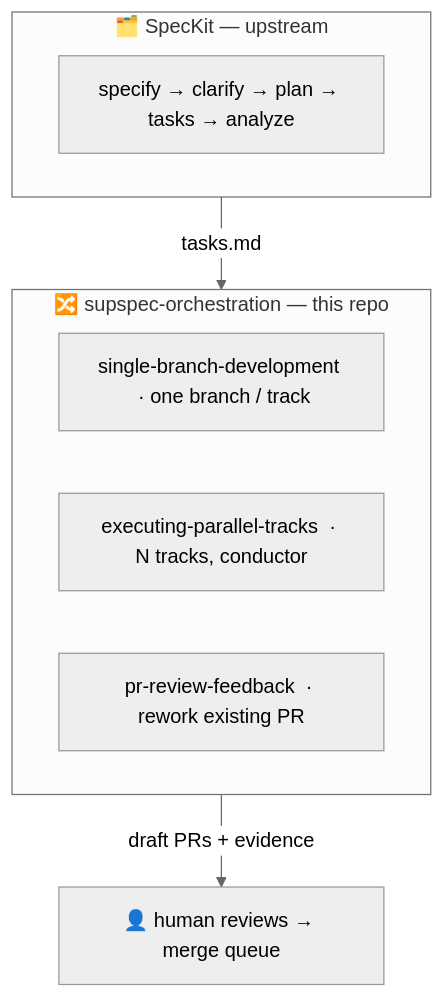
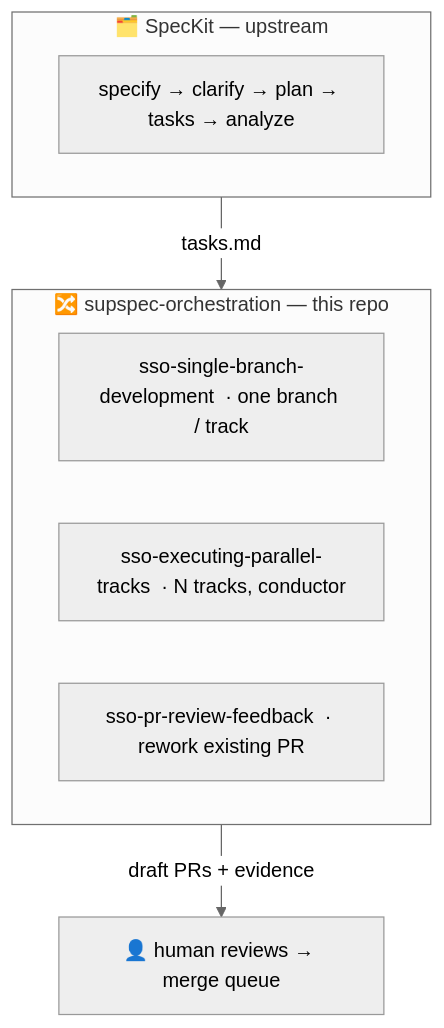
One commit to truongpx396/supspec-orchestration changed the diagram in README.md. Above: the diagram before and after it, drawn with Mermaid (neutral theme). The commit also changed other lines of this file and 44 other files, not shown here.

````diff
--- a/README.md
+++ b/README.md
@@ -44,14 +44,14 @@
 ```mermaid
 graph TD
     subgraph SK ["🗂️ SpecKit — upstream"]
         S1["specify → clarify → plan → tasks → analyze"]
     end
     subgraph SO ["🔀 supspec-orchestration — this repo"]
-        B1["single-branch-development  · one branch / track"]
-        B2["executing-parallel-tracks  · N tracks, conductor"]
-        B3["pr-review-feedback  · rework existing PR"]
+        B1["sso-single-branch-development  · one branch / track"]
+        B2["sso-executing-parallel-tracks  · N tracks, conductor"]
+        B3["sso-pr-review-feedback  · rework existing PR"]
     end
     C["👤 human reviews → merge queue"]
     SK -->|tasks.md| SO
     SO -->|draft PRs + evidence| C
 ```
````
